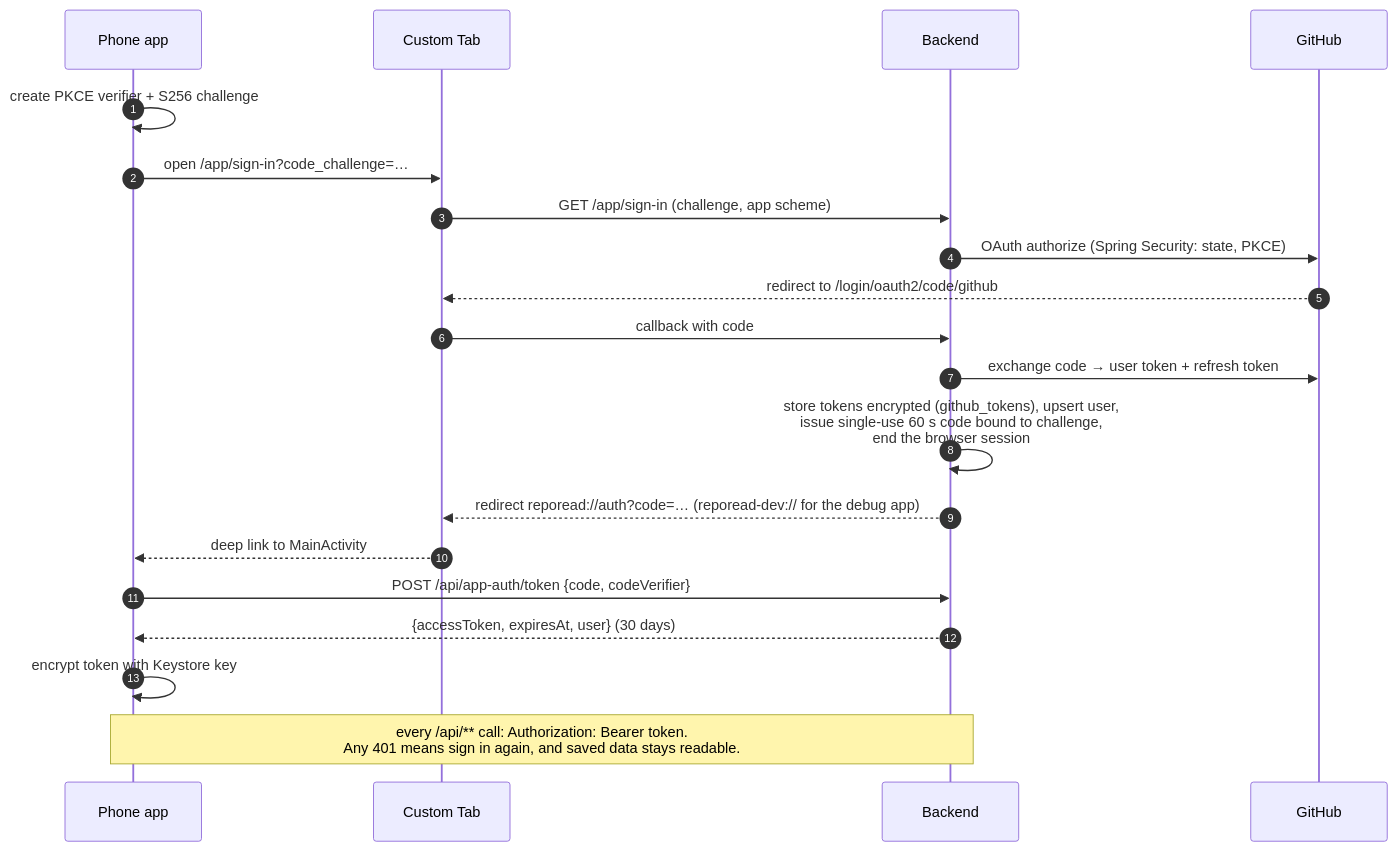
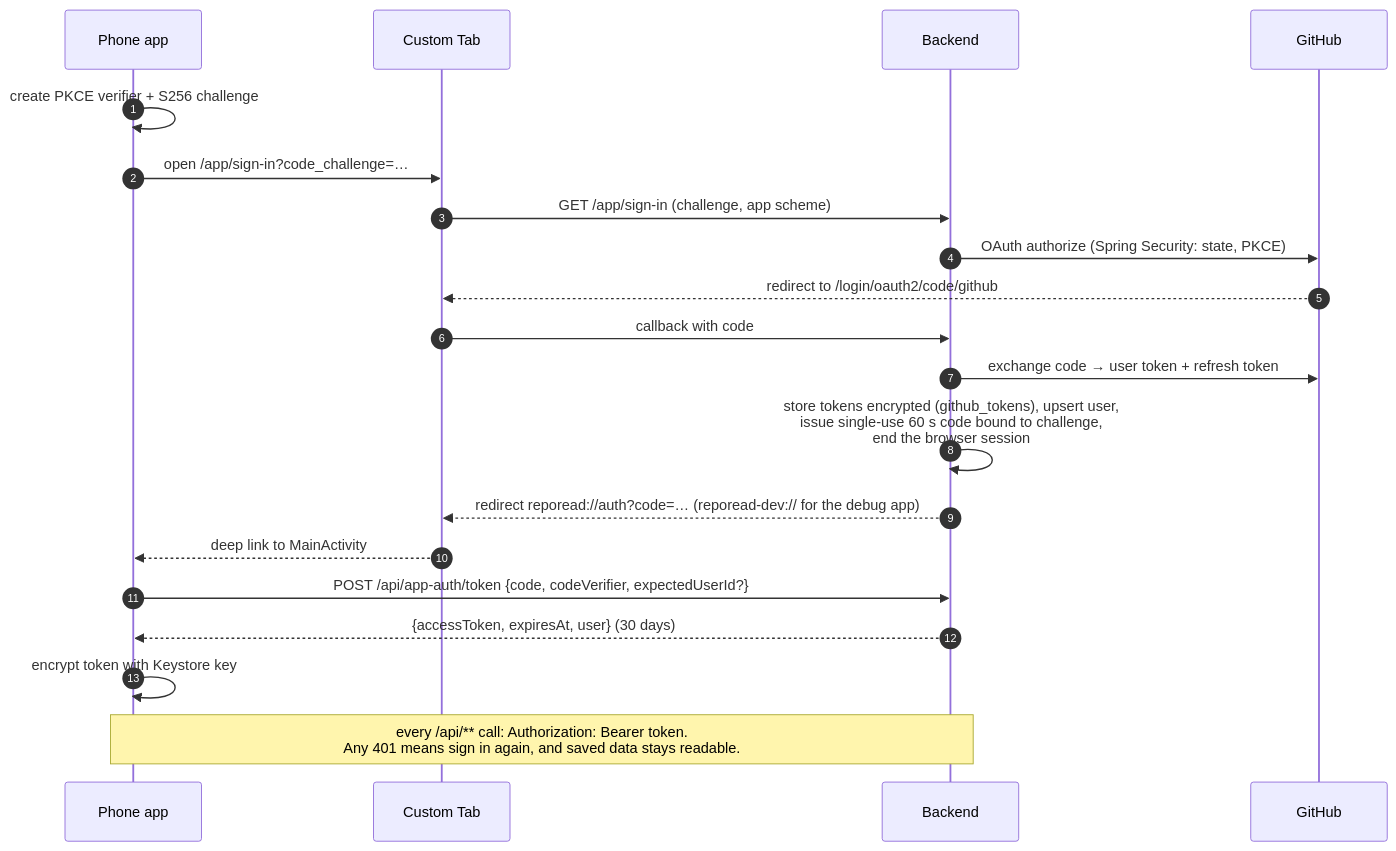
Before and after one commit to jaxwong/reporead: the sixth of 12 diagrams in docs/architecture.md, drawn with Mermaid. The commit also changed 10 other files, not shown here.

````diff
--- a/docs/architecture.md
+++ b/docs/architecture.md
@@ -345,23 +345,23 @@
 ```mermaid
 sequenceDiagram
     autonumber
     participant App as Phone app
     participant Tab as Custom Tab
     participant API as Backend
     participant GH as GitHub
 
     App->>App: create PKCE verifier + S256 challenge
     App->>Tab: open /app/sign-in?code_challenge=…
     Tab->>API: GET /app/sign-in (challenge, app scheme)
     API->>GH: OAuth authorize (Spring Security: state, PKCE)
     GH-->>Tab: redirect to /login/oauth2/code/github
     Tab->>API: callback with code
     API->>GH: exchange code → user token + refresh token
     API->>API: store tokens encrypted (github_tokens), upsert user,<br/>issue single-use 60 s code bound to challenge,<br/>end the browser session
     API-->>Tab: redirect reporead://auth?code=… (reporead-dev:// for the debug app)
     Tab-->>App: deep link to MainActivity
-    App->>API: POST /api/app-auth/token {code, codeVerifier}
+    App->>API: POST /api/app-auth/token {code, codeVerifier, expectedUserId?}
     API-->>App: {accessToken, expiresAt, user} (30 days)
     App->>App: encrypt token with Keystore key
     Note over App,API: every /api/** call: Authorization: Bearer token.<br/>Any 401 means sign in again, and saved data stays readable.
 ```
````
